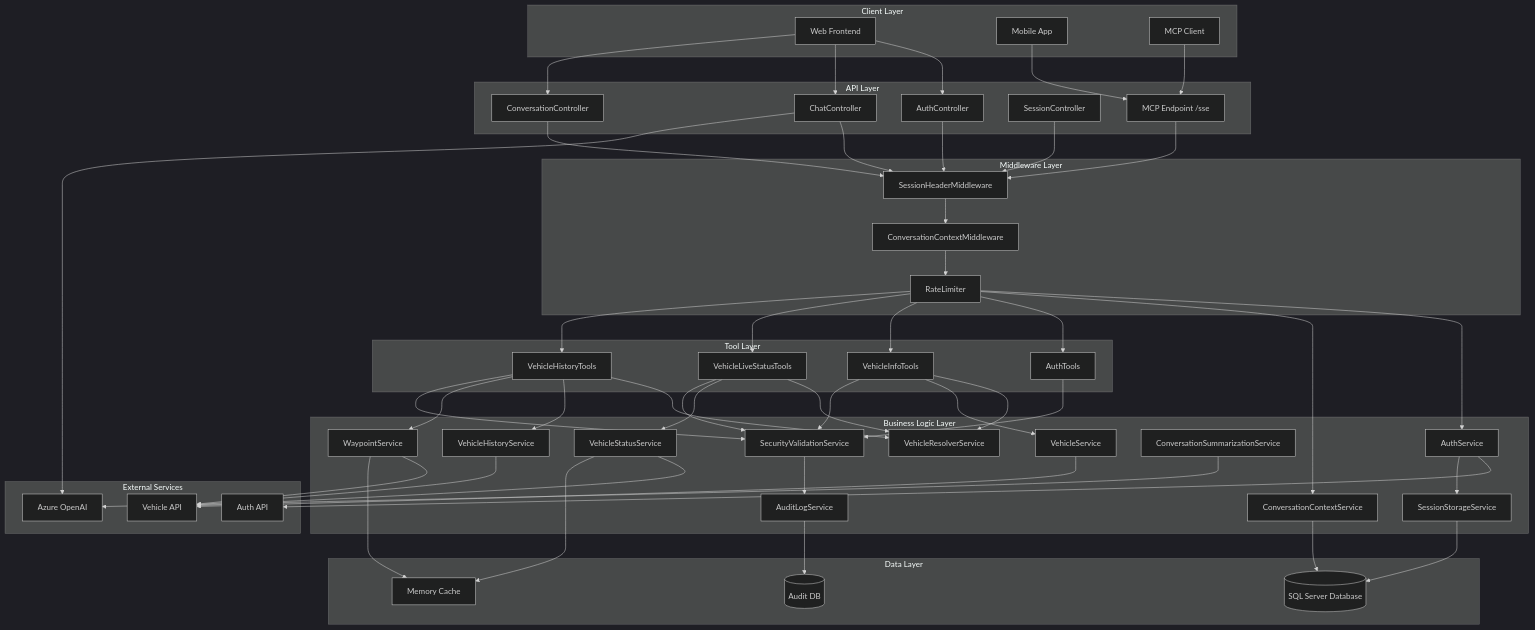
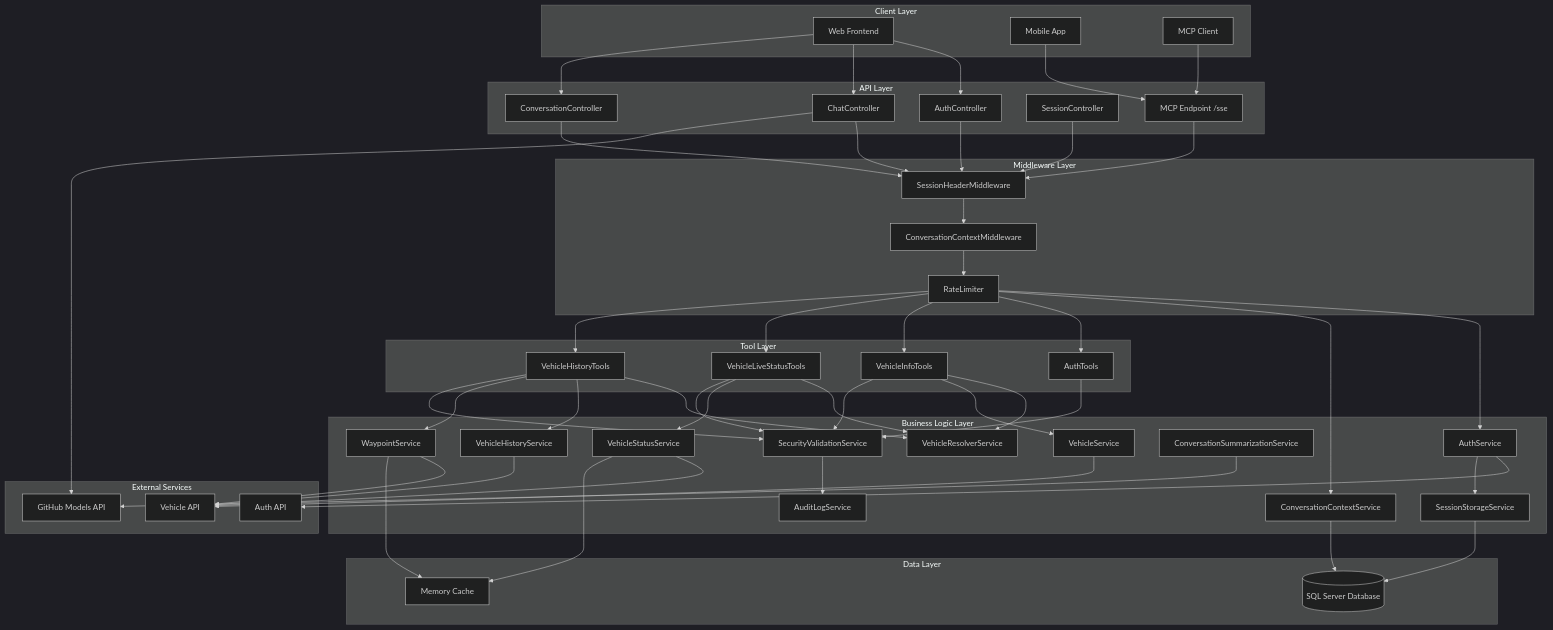
Before and after one commit to TNHH0704/MCP-Server-for-Vehicle-Query-v2: the first of 8 diagrams in Docs/ARCHITECTURE.md, drawn with Mermaid (dark theme). The commit also changed other lines of this file and 3 other files, not shown here.

````diff
--- a/Docs/ARCHITECTURE.md
+++ b/Docs/ARCHITECTURE.md
@@ -49,12 +49,11 @@
     
     subgraph "Data Layer"
         DB[(SQL Server Database)]
-        AuditDB[(Audit DB)]
         Cache[Memory Cache]
     end
     
     subgraph "External Services"
-        Azure[Azure OpenAI]
+        GitHubModels[GitHub Models API]
         VehicleAPI[Vehicle API]
         AuthAPI[Auth API]
     end
@@ -92,8 +91,8 @@
     VHT --> VHS
     VHT --> WS
     
-    Chat --> Azure
-    CSS --> Azure
+    Chat --> GitHubModels
+    CSS --> GitHubModels
     
     VS --> VehicleAPI
     VSS --> VehicleAPI
@@ -110,8 +109,6 @@
     CCS --> DB
     SSS --> DB
     
-    ALS --> AuditDB
-    
     WS --> Cache
     VSS --> Cache
 ```
````
